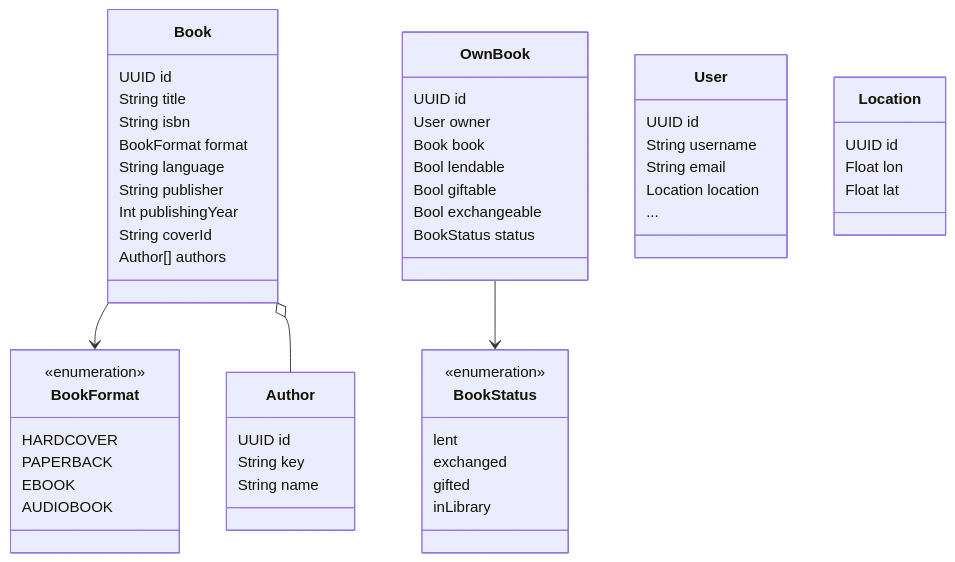
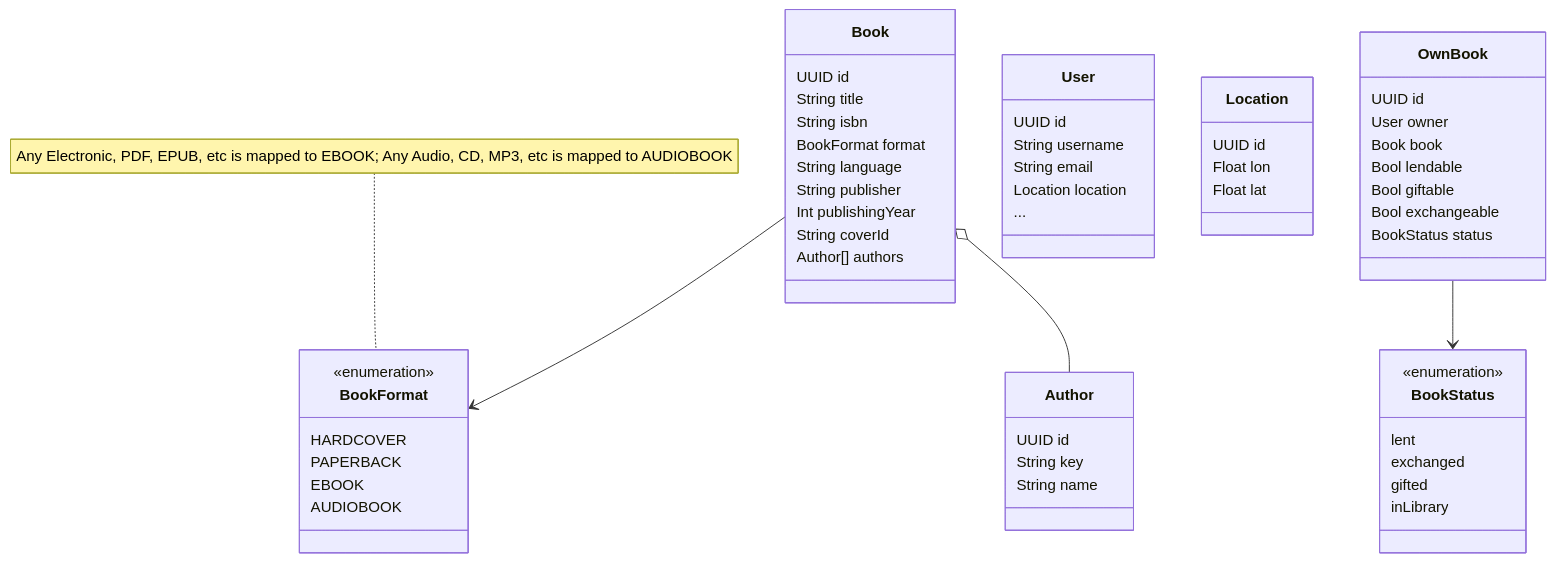
One commit to AAU-ASE24W-group-E/crowd-library changed the diagram in docs/domain-analysis/domain-diagram.md. Above: the diagram before and after it, drawn with Mermaid.

Commit message:
add note to BookFormat in class diagram

````diff
--- a/docs/domain-analysis/domain-diagram.md
+++ b/docs/domain-analysis/domain-diagram.md
@@ -26,66 +26,68 @@
 ```mermaid
 classDiagram
     Book --> BookFormat
     Book o-- Author
 
     OwnBook --> BookStatus 
 
     class Book {
         UUID id
         String title
         String isbn
         BookFormat format
         String language
         String publisher
         Int publishingYear
         String coverId
         Author[] authors
     }
 
     class BookFormat {
         <<enumeration>>
         HARDCOVER
         PAPERBACK
         EBOOK
         AUDIOBOOK
     }
+
+    note for BookFormat "Any Electronic, PDF, EPUB, etc is mapped to EBOOK; Any Audio, CD, MP3, etc is mapped to AUDIOBOOK"
 
     class Author {
         UUID id
         String key
         String name
     }
 
     class User {
         UUID id
         String username
         String email
         Location location
         ...
     }
 
     class OwnBook {
         UUID id
         User owner
         Book book
         Bool lendable
         Bool giftable
         Bool exchangeable
         BookStatus status 
     }
 
     class BookStatus {
         <<enumeration>>
         lent
         exchanged
         gifted
         inLibrary
     }
 
     class Location {
         UUID id
         Float lon
         Float lat
     }
 
 ```
````
